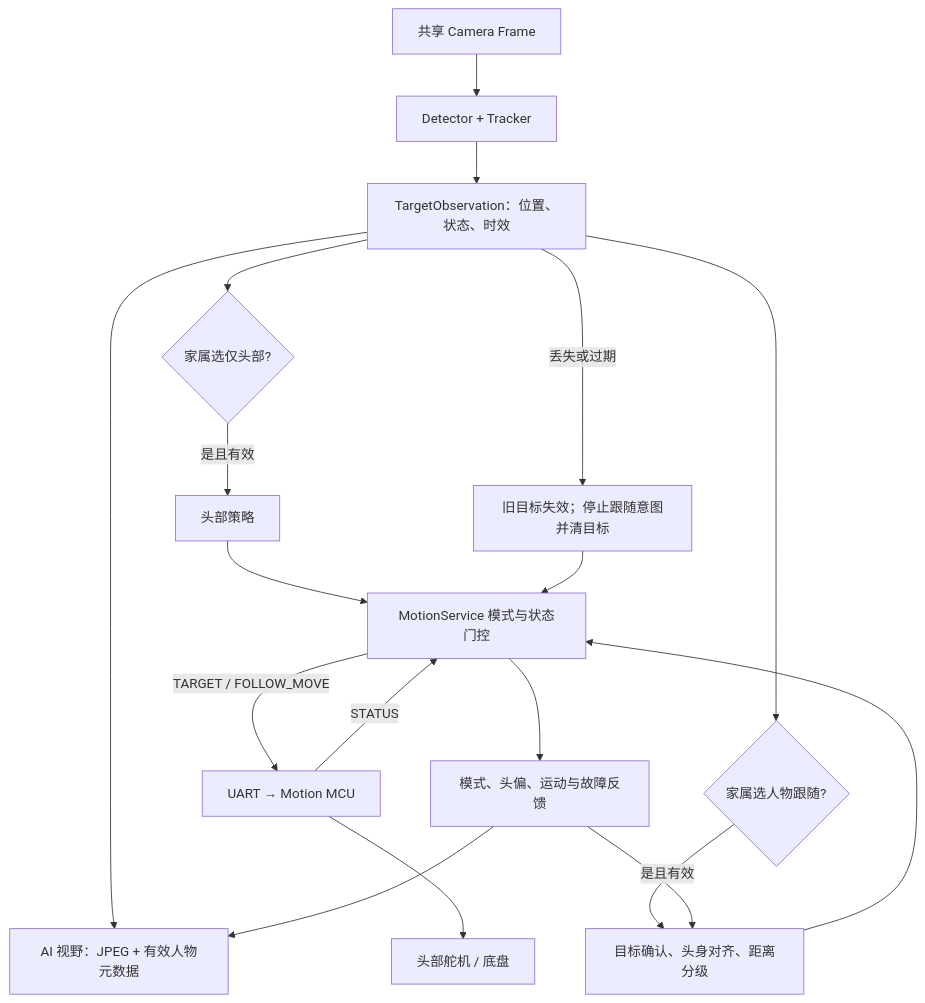
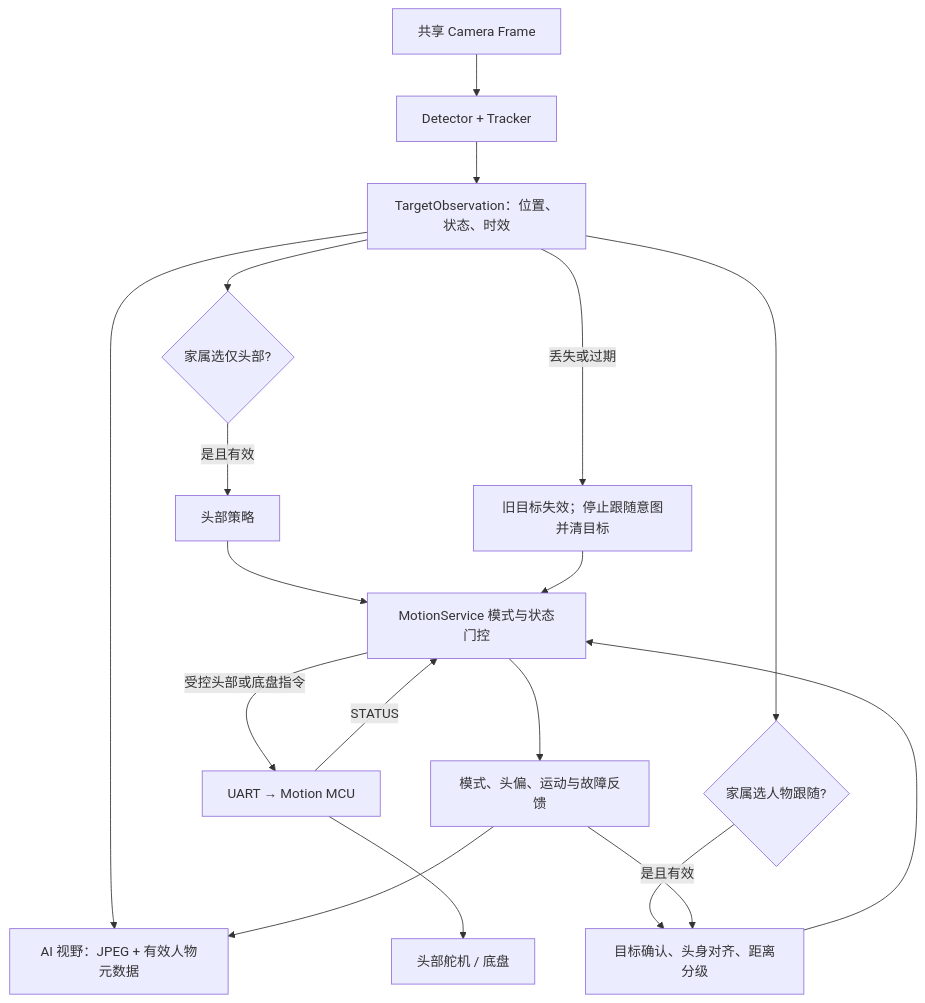
One commit to Justin-fanfan/Submission_Materials changed diagram 41 of 43 in LongPet_产品设计文档.md. Above: the diagram before and after it, drawn with Mermaid. The commit also changed other lines of this file, not shown here.

````diff
--- a/LongPet_产品设计文档.md
+++ b/LongPet_产品设计文档.md
@@ -2062,18 +2062,18 @@
 ```mermaid
 flowchart TD
     C[共享 Camera Frame] --> D[Detector + Tracker]
     D --> O[TargetObservation：位置、状态、时效]
     O --> AV[AI 视野：JPEG + 有效人物元数据]
     O --> H{家属选仅头部?}
     H -->|是且有效| HP[头部策略] --> MS[MotionService 模式与状态门控]
     O --> F{家属选人物跟随?}
     F -->|是且有效| FP[目标确认、头身对齐、距离分级] --> MS
-    MS -->|TARGET / FOLLOW_MOVE| U[UART → Motion MCU]
+    MS -->|受控头部或底盘指令| U[UART → Motion MCU]
     U --> E[头部舵机 / 底盘]
     U -->|STATUS| MS
     MS --> S[模式、头偏、运动与故障反馈]
     S --> FP
     S --> AV
     O -->|丢失或过期| X[旧目标失效；停止跟随意图并清目标]
     X --> MS
 ```
````
